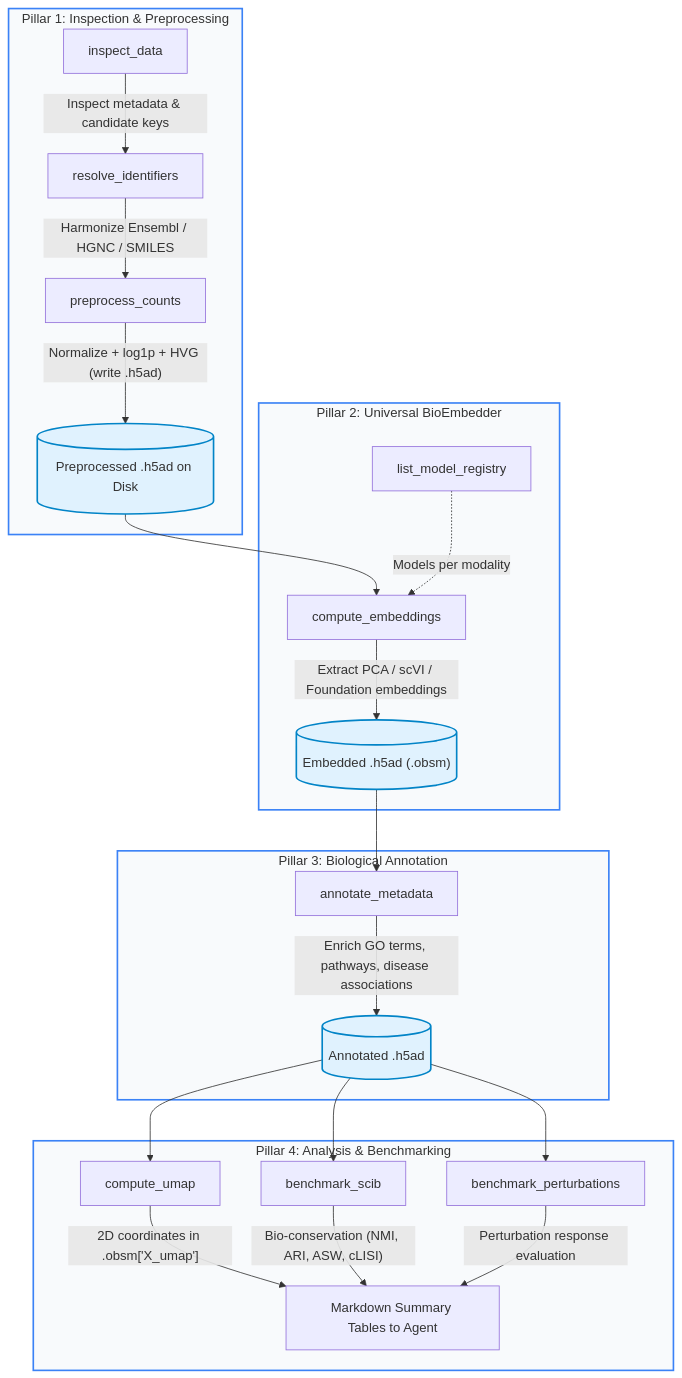
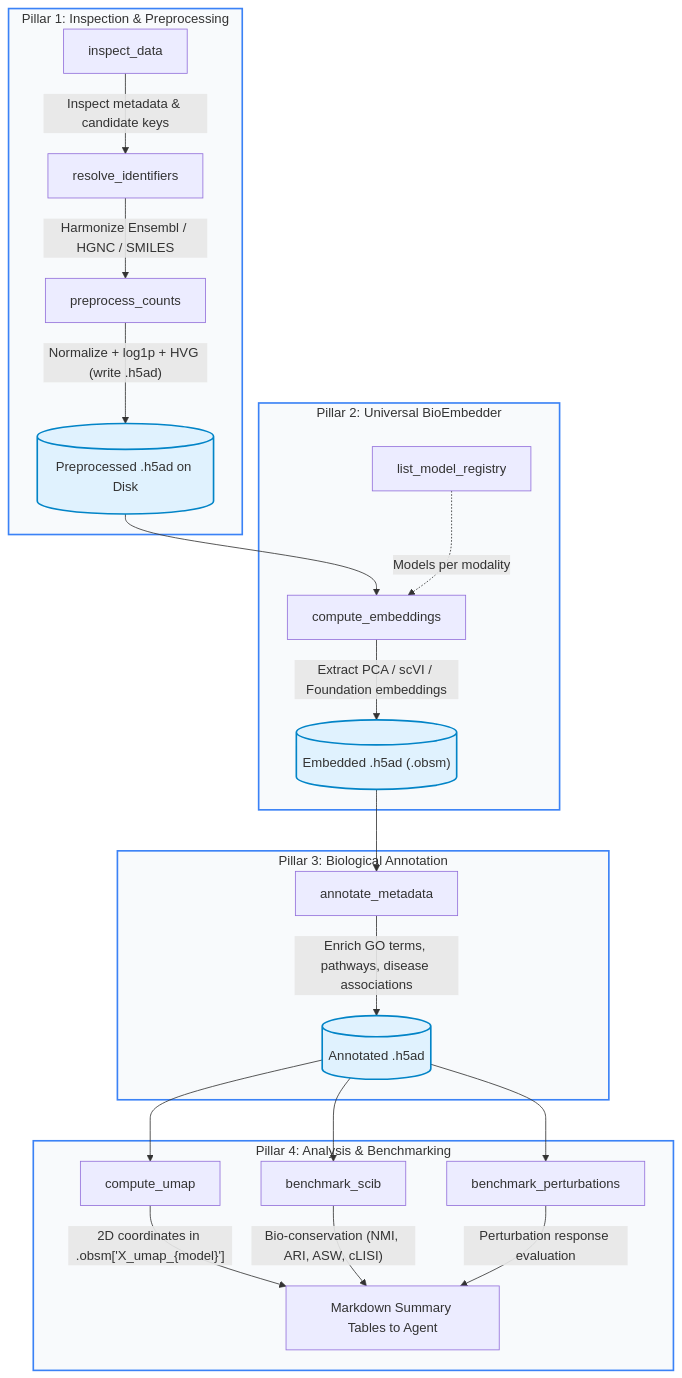
Before and after one commit to theislab/embpy: the diagram in docs/mcp/index.md, drawn with Mermaid. The commit also changed 5 other files, not shown here.

````diff
--- a/docs/mcp/index.md
+++ b/docs/mcp/index.md
@@ -33,34 +33,34 @@
 ```mermaid
 flowchart TD
     subgraph PillarA["Pillar 1: Inspection & Preprocessing"]
         T1["inspect_data"] -->|"Inspect metadata & candidate keys"| T2["resolve_identifiers"]
         T2 -->|"Harmonize Ensembl / HGNC / SMILES"| T3["preprocess_counts"]
         T3 -->|"Normalize + log1p + HVG (write .h5ad)"| D1[("Preprocessed .h5ad on Disk")]
     end
 
     subgraph PillarB["Pillar 2: Universal BioEmbedder"]
         D1 --> T5["compute_embeddings"]
         T4["list_model_registry"] -.->|"Models per modality"| T5
         T5 -->|"Extract PCA / scVI / Foundation embeddings"| D2[("Embedded .h5ad (.obsm)")]
     end
 
     subgraph PillarC["Pillar 3: Biological Annotation"]
         D2 --> T6["annotate_metadata"]
         T6 -->|"Enrich GO terms, pathways, disease associations"| D3[("Annotated .h5ad")]
     end
 
     subgraph PillarD["Pillar 4: Analysis & Benchmarking"]
         D3 --> T7["compute_umap"]
         D3 --> T8["benchmark_scib"]
         D3 --> T9["benchmark_perturbations"]
-        T7 -->|"2D coordinates in .obsm['X_umap']"| Summary["Markdown Summary Tables to Agent"]
+        T7 -->|"2D coordinates in .obsm['X_umap_{model}']"| Summary["Markdown Summary Tables to Agent"]
         T8 -->|"Bio-conservation (NMI, ARI, ASW, cLISI)"| Summary
         T9 -->|"Perturbation response evaluation"| Summary
     end
 
     classDef pillar fill:#f8fafc,stroke:#3b82f6,stroke-width:2px;
     classDef disk fill:#e0f2fe,stroke:#0284c7,stroke-width:2px;
     classDef tool fill:#f0fdf4,stroke:#16a34a,stroke-width:2px;
     class PillarA,PillarB,PillarC,PillarD pillar;
     class D1,D2,D3 disk;
 ```
````
